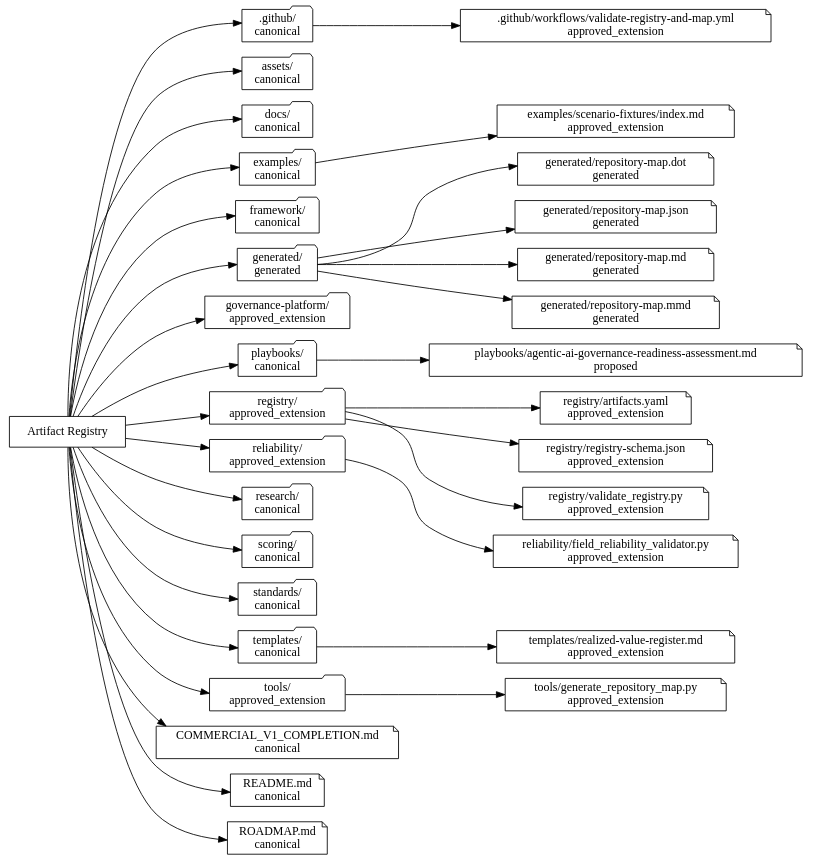
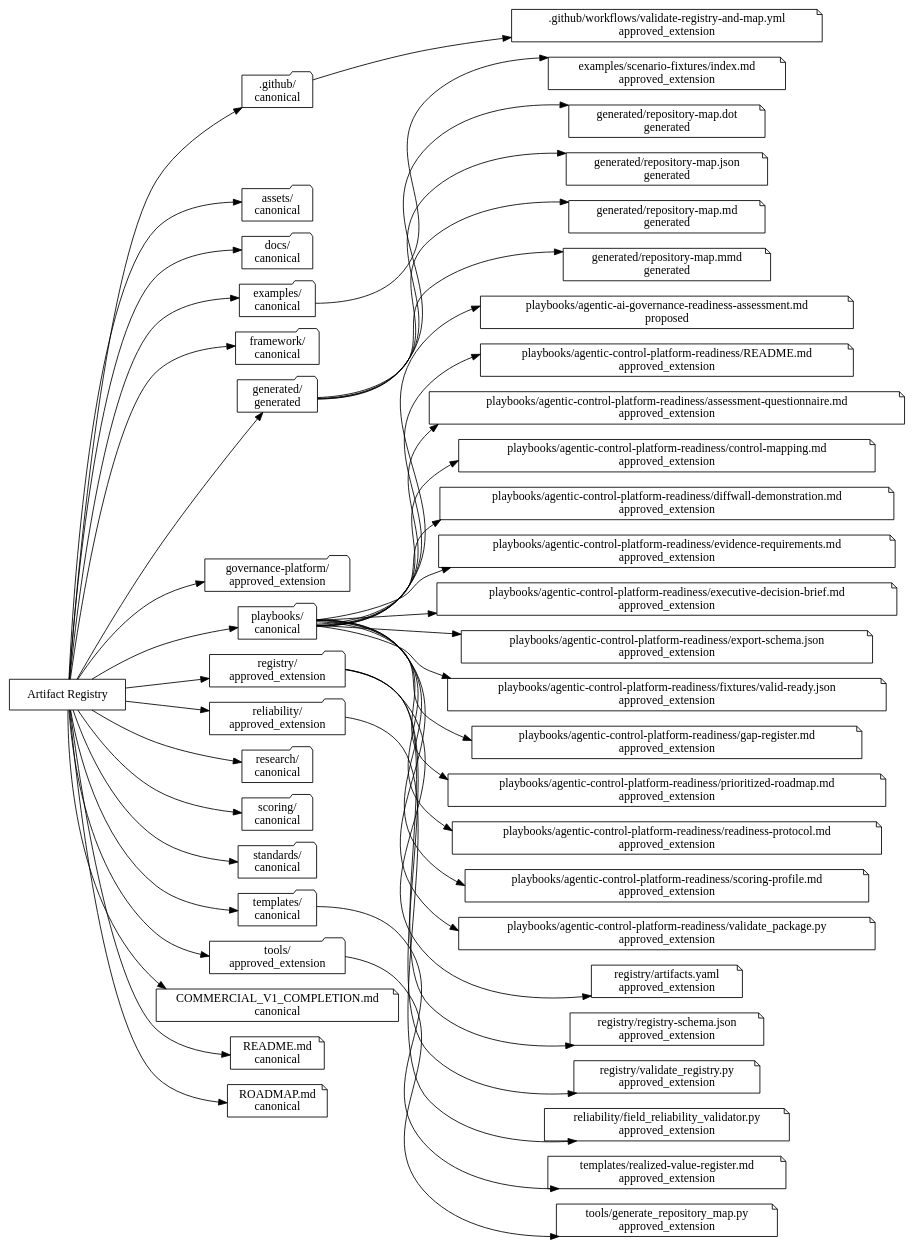
The diagram in generated/repository-map.dot (dburt-proex/operator-intelligence), drawn with Graphviz before and after one commit. The commit also changed 21 other files, not shown here.

Commit message:
Add agentic control platform readiness sprint

```diff
--- a/generated/repository-map.dot
+++ b/generated/repository-map.dot
@@ -1,66 +1,92 @@
 digraph OperatorIntelligence {
   rankdir="LR";
   registry [label="Artifact Registry", shape=box];
   root1 [label=".github/\ncanonical", shape=folder];
   registry -> root1;
   root2 [label="assets/\ncanonical", shape=folder];
   registry -> root2;
   root3 [label="docs/\ncanonical", shape=folder];
   registry -> root3;
   root4 [label="examples/\ncanonical", shape=folder];
   registry -> root4;
   root5 [label="framework/\ncanonical", shape=folder];
   registry -> root5;
   root6 [label="generated/\ngenerated", shape=folder];
   registry -> root6;
   root7 [label="governance-platform/\napproved_extension", shape=folder];
   registry -> root7;
   root8 [label="playbooks/\ncanonical", shape=folder];
   registry -> root8;
   root9 [label="registry/\napproved_extension", shape=folder];
   registry -> root9;
   root10 [label="reliability/\napproved_extension", shape=folder];
   registry -> root10;
   root11 [label="research/\ncanonical", shape=folder];
   registry -> root11;
   root12 [label="scoring/\ncanonical", shape=folder];
   registry -> root12;
   root13 [label="standards/\ncanonical", shape=folder];
   registry -> root13;
   root14 [label="templates/\ncanonical", shape=folder];
   registry -> root14;
   root15 [label="tools/\napproved_extension", shape=folder];
   registry -> root15;
   artifact1 [label=".github/workflows/validate-registry-and-map.yml\napproved_extension", shape=note];
   root1 -> artifact1;
   artifact2 [label="COMMERCIAL_V1_COMPLETION.md\ncanonical", shape=note];
   registry -> artifact2;
   artifact3 [label="README.md\ncanonical", shape=note];
   registry -> artifact3;
   artifact4 [label="ROADMAP.md\ncanonical", shape=note];
   registry -> artifact4;
   artifact5 [label="examples/scenario-fixtures/index.md\napproved_extension", shape=note];
   root4 -> artifact5;
   artifact6 [label="generated/repository-map.dot\ngenerated", shape=note];
   root6 -> artifact6;
   artifact7 [label="generated/repository-map.json\ngenerated", shape=note];
   root6 -> artifact7;
   artifact8 [label="generated/repository-map.md\ngenerated", shape=note];
   root6 -> artifact8;
   artifact9 [label="generated/repository-map.mmd\ngenerated", shape=note];
   root6 -> artifact9;
   artifact10 [label="playbooks/agentic-ai-governance-readiness-assessment.md\nproposed", shape=note];
   root8 -> artifact10;
-  artifact11 [label="registry/artifacts.yaml\napproved_extension", shape=note];
-  root9 -> artifact11;
-  artifact12 [label="registry/registry-schema.json\napproved_extension", shape=note];
-  root9 -> artifact12;
-  artifact13 [label="registry/validate_registry.py\napproved_extension", shape=note];
-  root9 -> artifact13;
-  artifact14 [label="reliability/field_reliability_validator.py\napproved_extension", shape=note];
-  root10 -> artifact14;
-  artifact15 [label="templates/realized-value-register.md\napproved_extension", shape=note];
-  root14 -> artifact15;
-  artifact16 [label="tools/generate_repository_map.py\napproved_extension", shape=note];
-  root15 -> artifact16;
+  artifact11 [label="playbooks/agentic-control-platform-readiness/README.md\napproved_extension", shape=note];
+  root8 -> artifact11;
+  artifact12 [label="playbooks/agentic-control-platform-readiness/assessment-questionnaire.md\napproved_extension", shape=note];
+  root8 -> artifact12;
+  artifact13 [label="playbooks/agentic-control-platform-readiness/control-mapping.md\napproved_extension", shape=note];
+  root8 -> artifact13;
+  artifact14 [label="playbooks/agentic-control-platform-readiness/diffwall-demonstration.md\napproved_extension", shape=note];
+  root8 -> artifact14;
+  artifact15 [label="playbooks/agentic-control-platform-readiness/evidence-requirements.md\napproved_extension", shape=note];
+  root8 -> artifact15;
+  artifact16 [label="playbooks/agentic-control-platform-readiness/executive-decision-brief.md\napproved_extension", shape=note];
+  root8 -> artifact16;
+  artifact17 [label="playbooks/agentic-control-platform-readiness/export-schema.json\napproved_extension", shape=note];
+  root8 -> artifact17;
+  artifact18 [label="playbooks/agentic-control-platform-readiness/fixtures/valid-ready.json\napproved_extension", shape=note];
+  root8 -> artifact18;
+  artifact19 [label="playbooks/agentic-control-platform-readiness/gap-register.md\napproved_extension", shape=note];
+  root8 -> artifact19;
+  artifact20 [label="playbooks/agentic-control-platform-readiness/prioritized-roadmap.md\napproved_extension", shape=note];
+  root8 -> artifact20;
+  artifact21 [label="playbooks/agentic-control-platform-readiness/readiness-protocol.md\napproved_extension", shape=note];
+  root8 -> artifact21;
+  artifact22 [label="playbooks/agentic-control-platform-readiness/scoring-profile.md\napproved_extension", shape=note];
+  root8 -> artifact22;
+  artifact23 [label="playbooks/agentic-control-platform-readiness/validate_package.py\napproved_extension", shape=note];
+  root8 -> artifact23;
+  artifact24 [label="registry/artifacts.yaml\napproved_extension", shape=note];
+  root9 -> artifact24;
+  artifact25 [label="registry/registry-schema.json\napproved_extension", shape=note];
+  root9 -> artifact25;
+  artifact26 [label="registry/validate_registry.py\napproved_extension", shape=note];
+  root9 -> artifact26;
+  artifact27 [label="reliability/field_reliability_validator.py\napproved_extension", shape=note];
+  root10 -> artifact27;
+  artifact28 [label="templates/realized-value-register.md\napproved_extension", shape=note];
+  root14 -> artifact28;
+  artifact29 [label="tools/generate_repository_map.py\napproved_extension", shape=note];
+  root15 -> artifact29;
 }
```
